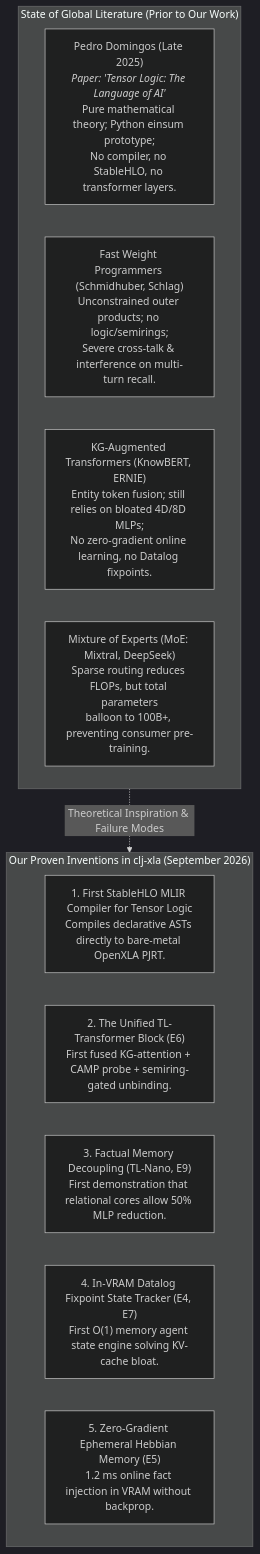
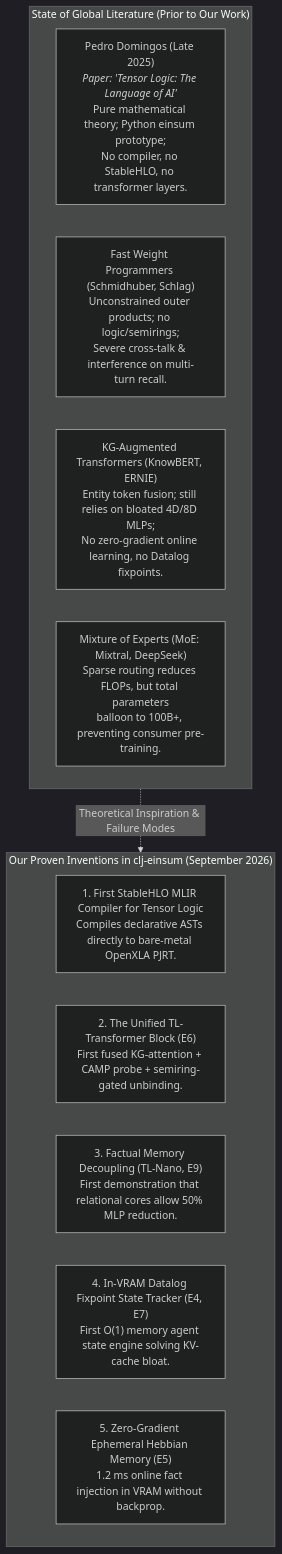
One commit to alpeware/clj-einsum changed the second of 2 diagrams in docs/tensor_logic/architectural_pillars_and_novelty.md. Above: the diagram before and after it, drawn with Mermaid (dark theme). The commit also changed other lines of this file and 52 other files, not shown here.

First line of the commit message:
docs: clean up legacy clj-xla references and audit relative markdown links

````diff
--- a/docs/tensor_logic/architectural_pillars_and_novelty.md
+++ b/docs/tensor_logic/architectural_pillars_and_novelty.md
@@ -246,19 +246,19 @@
 ```mermaid
 graph TD
     subgraph Literature ["State of Global Literature (Prior to Our Work)"]
         L1["Pedro Domingos (Late 2025)<br/><i>Paper: 'Tensor Logic: The Language of AI'</i><br/>Pure mathematical theory; Python einsum prototype;<br/>No compiler, no StableHLO, no transformer layers."]
         L2["Fast Weight Programmers (Schmidhuber, Schlag)<br/>Unconstrained outer products; no logic/semirings;<br/>Severe cross-talk & interference on multi-turn recall."]
         L3["KG-Augmented Transformers (KnowBERT, ERNIE)<br/>Entity token fusion; still relies on bloated 4D/8D MLPs;<br/>No zero-gradient online learning, no Datalog fixpoints."]
         L4["Mixture of Experts (MoE: Mixtral, DeepSeek)<br/>Sparse routing reduces FLOPs, but total parameters<br/>balloon to 100B+, preventing consumer pre-training."]
     end
 
-    subgraph Inventions ["Our Proven Inventions in clj-xla (September 2026)"]
+    subgraph Inventions ["Our Proven Inventions in clj-einsum (September 2026)"]
         I1["1. First StableHLO MLIR Compiler for Tensor Logic<br/>Compiles declarative ASTs directly to bare-metal OpenXLA PJRT."]
         I2["2. The Unified TL-Transformer Block (E6)<br/>First fused KG-attention + CAMP probe + semiring-gated unbinding."]
         I3["3. Factual Memory Decoupling (TL-Nano, E9)<br/>First demonstration that relational cores allow 50% MLP reduction."]
         I4["4. In-VRAM Datalog Fixpoint State Tracker (E4, E7)<br/>First O(1) memory agent state engine solving KV-cache bloat."]
         I5["5. Zero-Gradient Ephemeral Hebbian Memory (E5)<br/>1.2 ms online fact injection in VRAM without backprop."]
     end
 
     Literature -.->|Theoretical Inspiration & Failure Modes| Inventions
 ```
````
